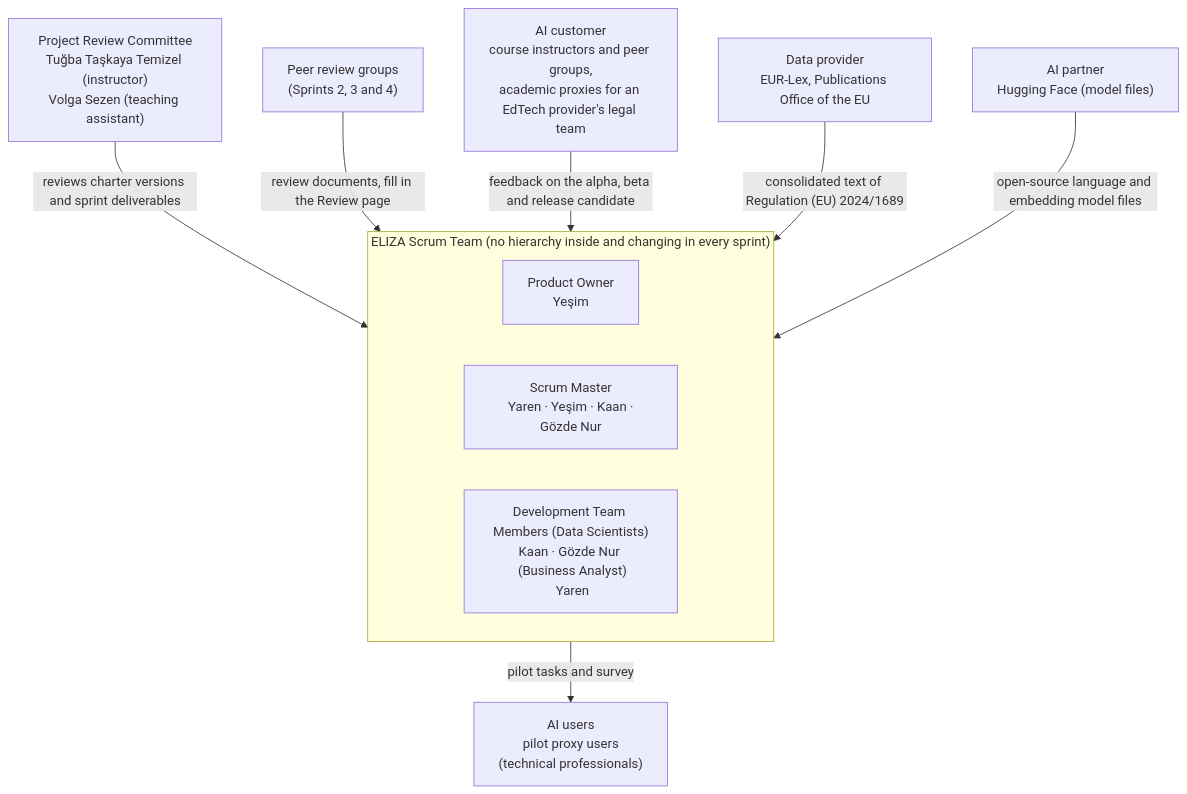
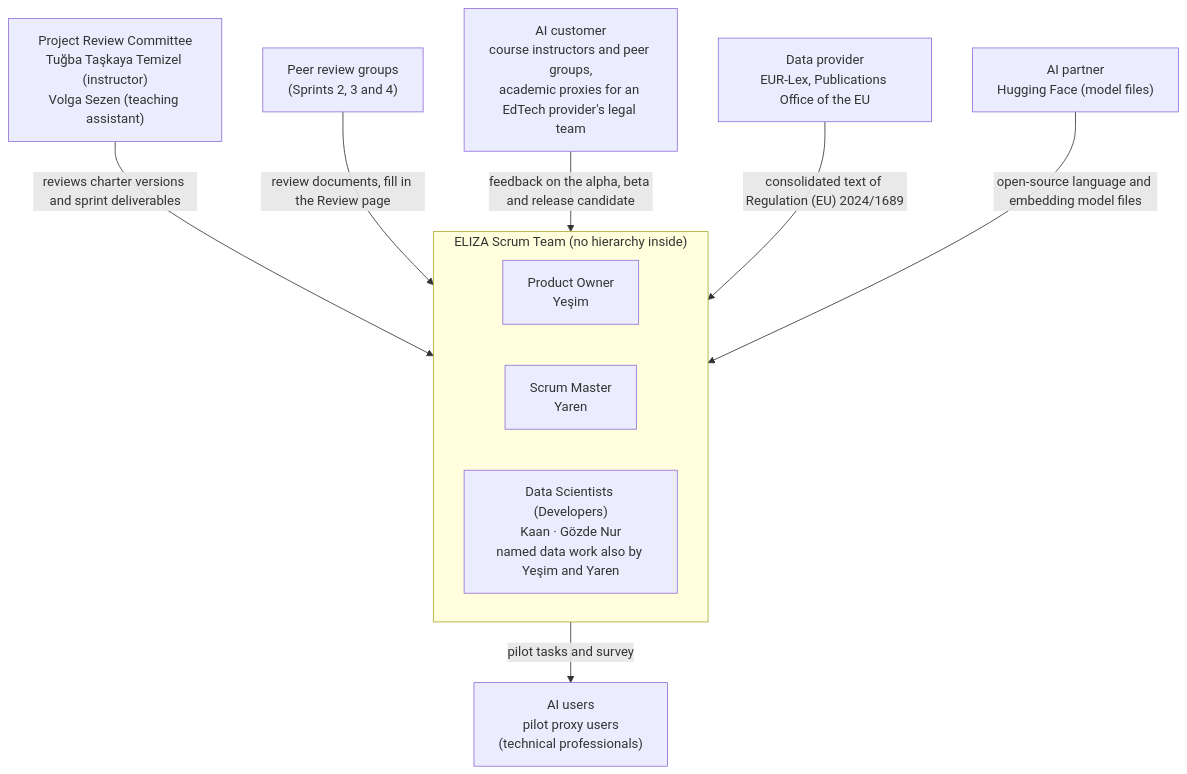
One commit to ELIZA-DI502/ELIZA_DI502_ORGANIZATION changed the diagram in Markdown Template/03-project-canvas/08-project-organization.md. Above: the diagram before and after it, drawn with Mermaid. The commit also changed other lines of this file and 9 other files, not shown here.

Commit message:
KAN-40 Charter v1: meeting decisions of 26/10 (roles, session DB, R-13, covers, B8, wording)

````diff
--- a/Markdown Template/03-project-canvas/08-project-organization.md
+++ b/Markdown Template/03-project-canvas/08-project-organization.md
@@ -25,20 +25,20 @@
 ```mermaid
 flowchart TB
     PRC["Project Review Committee<br/>Tuğba Taşkaya Temizel (instructor)<br/>Volga Sezen (teaching assistant)"]
     PEER["Peer review groups<br/>(Sprints 2, 3 and 4)"]
-    subgraph TEAM["ELIZA Scrum Team (no hierarchy inside and changing in every sprint)"]
-        PO["Product Owner<br/>Yeşim "]
-        SM["Scrum Master<br/> Yaren · Yeşim · Kaan · Gözde Nur "]
-        DS["Development Team Members (Data Scientists)<br/>Kaan · Gözde Nur <br/> (Business Analyst)<br/> Yaren "]
+    subgraph TEAM["ELIZA Scrum Team (no hierarchy inside)"]
+        PO["Product Owner<br/>Yeşim"]
+        SM["Scrum Master<br/>Yaren"]
+        DS["Data Scientists (Developers)<br/>Kaan · Gözde Nur<br/>named data work also by Yeşim and Yaren"]
     end
     CUST["AI customer<br/>course instructors and peer groups,<br/>academic proxies for an EdTech provider's legal team"]
     USERS["AI users<br/>pilot proxy users<br/>(technical professionals)"]
     DATA["Data provider<br/>EUR-Lex, Publications Office of the EU"]
     PART["AI partner<br/>Hugging Face (model files)"]
     PRC -- "reviews charter versions and sprint deliverables" --> TEAM
     PEER -- "review documents, fill in the Review page" --> TEAM
     CUST -- "feedback on the alpha, beta and release candidate" --> TEAM
     TEAM -- "pilot tasks and survey" --> USERS
     DATA -- "consolidated text of Regulation (EU) 2024/1689" --> TEAM
     PART -- "open-source language and embedding model files" --> TEAM
 ```
````
